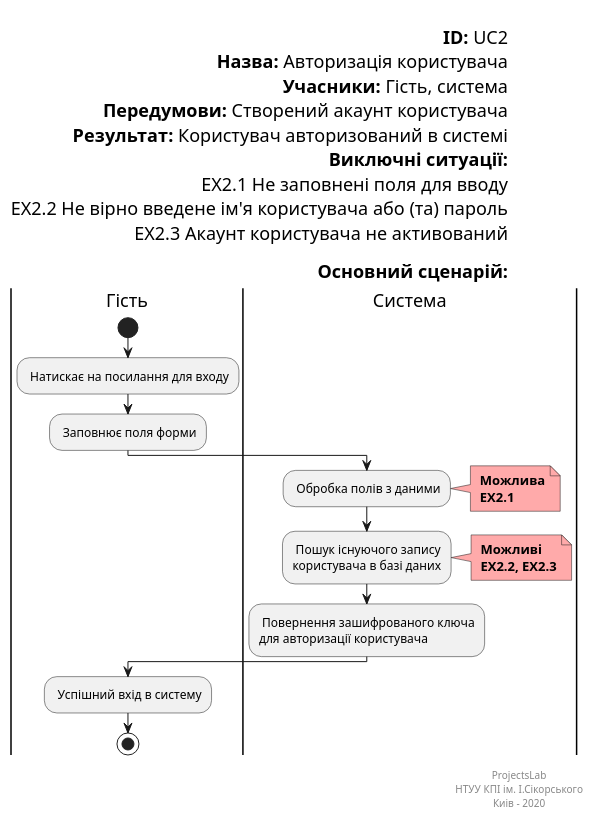
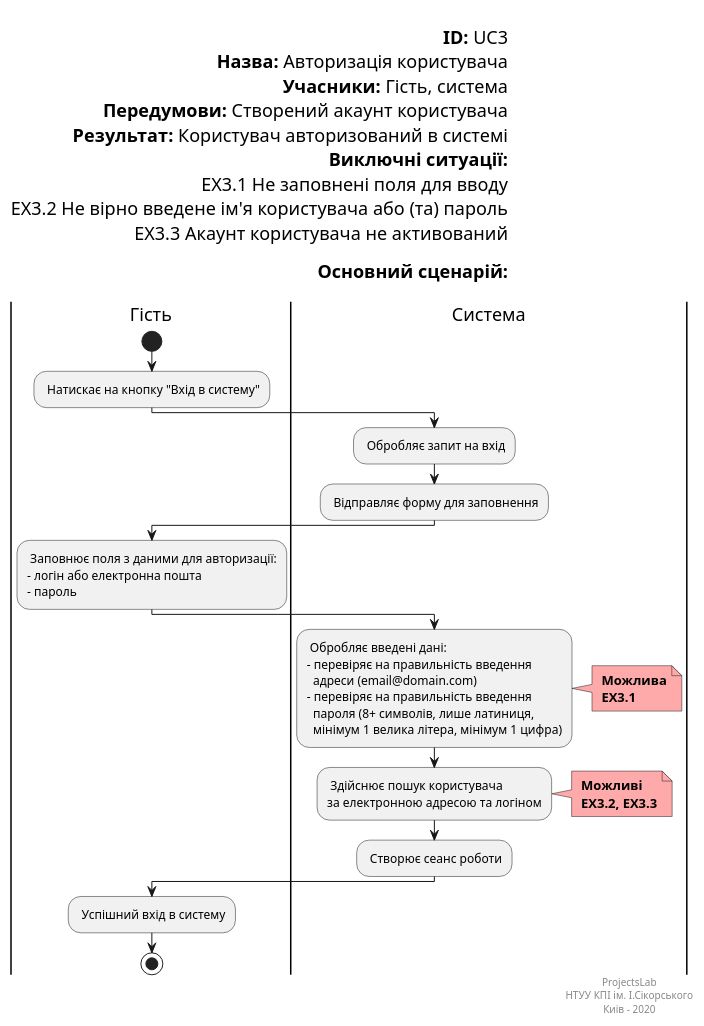
Before and after one commit to dmitriy-uvin/database_basics_template: the diagram in docs/use cases/Login.puml, drawn with PlantUML. The commit also changed 1 other file, not shown here.

```diff
--- a/docs/use cases/Login.puml
+++ b/docs/use cases/Login.puml
@@ -1,55 +1,69 @@
 @startuml
     left header
 
-        <font color=000 size=18><b>ID:</b> UC2
+        <font color=000 size=18><b>ID:</b> UC3
         <font color=000 size=18><b>Назва:</b> Авторизація користувача
         <font color=000 size=18><b>Учасники:</b> Гість, система
         <font color=000 size=18><b>Передумови:</b> Створений акаунт користувача
         <font color=000 size=18><b>Результат:</b> Користувач авторизований в системі
         <font color=000 size=18><b>Виключні ситуації:</b>
-        <font color=000 size=18> EX2.1 Не заповнені поля для вводу
-        <font color=000 size=18> EX2.2 Не вірно введене ім'я користувача або (та) пароль
-        <font color=000 size=18> EX2.3 Акаунт користувача не активований
+        <font color=000 size=18> EX3.1 Не заповнені поля для вводу
+        <font color=000 size=18> EX3.2 Не вірно введене ім'я користувача або (та) пароль
+        <font color=000 size=18> EX3.3 Акаунт користувача не активований
         
         <font color=000 size=18><b>Основний сценарій:</b>
+        
     end header
 
     |Гість|
+    
         start
         
-        : Натискає на посилання для входу;
-        : Заповнює поля форми;
+        : Натискає на кнопку "Вхід в систему";
+    
+    |Система|
+    
+        : Обробляє запит на вхід;
+        : Відправляє форму для заповнення;
+    
+    |Гість|
+    
+        : Заповнює поля з даними для авторизації:
+        - логін або електронна пошта
+        - пароль;
         
     |Система|
         
-        : Обробка полів з даними;
-        
+        : Обробляє введені дані:
+        - перевіряє на правильність введення
+          адреси (email@domain.com)
+        - перевіряє на правильність введення 
+          пароля (8+ символів, лише латиниця,
+          мінімум 1 велика літера, мінімум 1 цифра);
         note right #ffaaaa
         <b> Можлива
-        <b> EX2.1
+        <b> EX3.1
         end note
         
-        : Пошук існуючого запису
-        користувача в базі даних;
+        : Здійснює пошук користувача
+        за електронною адресою та логіном;
         note right #ffaaaa
         <b> Можливі
-        <b> EX2.2, EX2.3
+        <b> EX3.2, EX3.3
         end note
         
-        : Повернення зашифрованого ключа
-        для авторизації користувача;
+        : Створює сеанс роботи;
         
     |Гість|
     
         : Успішний вхід в систему;
         
         stop;
     
 right footer
-
 ProjectsLab
 НТУУ КПІ ім. І.Сікорського
 Киів - 2020
 end footer
 
 @enduml
```
